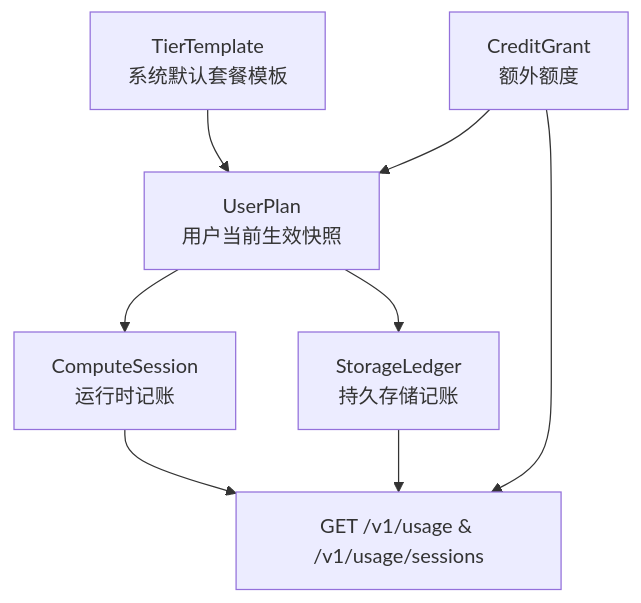
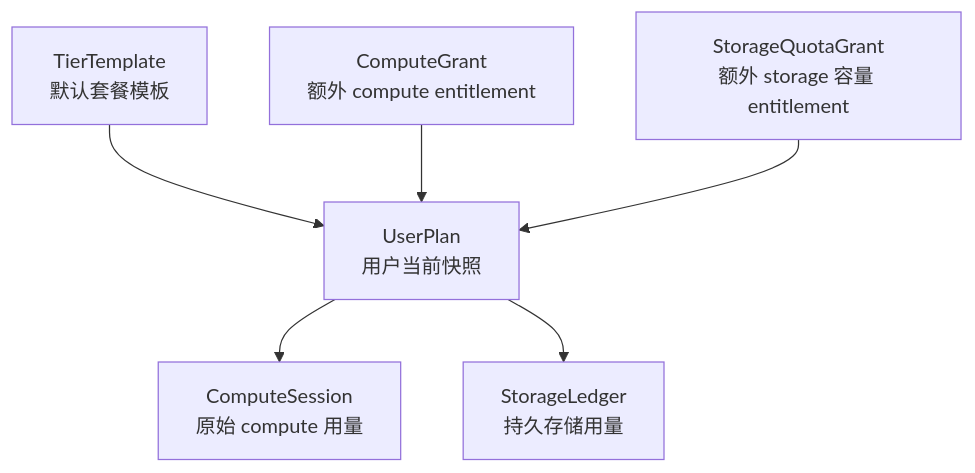
One commit to earayu/treadstone changed the second of 2 diagrams in docs/zh-CN/modules/05-metering-system-audit.md. Above: the diagram before and after it, drawn with Mermaid. The commit also changed other lines of this file and 1 other file, not shown here.

````diff
--- a/docs/zh-CN/modules/05-metering-system-audit.md
+++ b/docs/zh-CN/modules/05-metering-system-audit.md
@@ -243,10 +425,8 @@
 ```mermaid
 flowchart TD
-    TT["TierTemplate<br/>系统默认套餐模板"] --> UP["UserPlan<br/>用户当前生效快照"]
-    CG["CreditGrant<br/>额外额度"] --> UP
-    UP --> CS["ComputeSession<br/>运行时记账"]
-    UP --> SL["StorageLedger<br/>持久存储记账"]
-    CS --> Usage["GET /v1/usage & /v1/usage/sessions"]
-    CG --> Usage
-    SL --> Usage
+    TT["TierTemplate<br/>默认套餐模板"] --> UP["UserPlan<br/>用户当前快照"]
+    CG["ComputeGrant<br/>额外 compute entitlement"] --> UP
+    SQG["StorageQuotaGrant<br/>额外 storage 容量 entitlement"] --> UP
+    UP --> CS["ComputeSession<br/>原始 compute 用量"]
+    UP --> SL["StorageLedger<br/>持久存储用量"]
 ```
````
